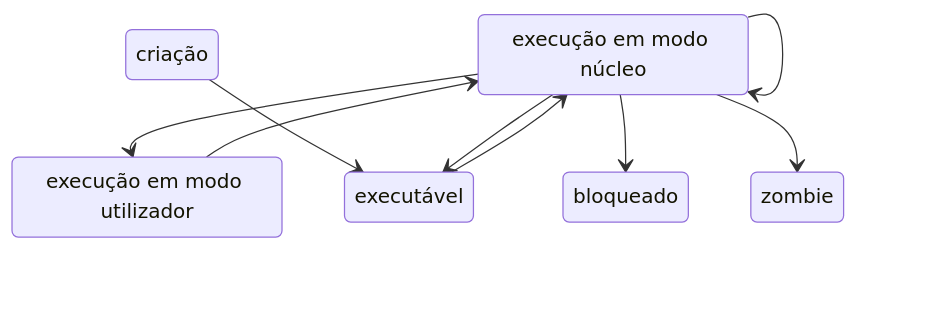
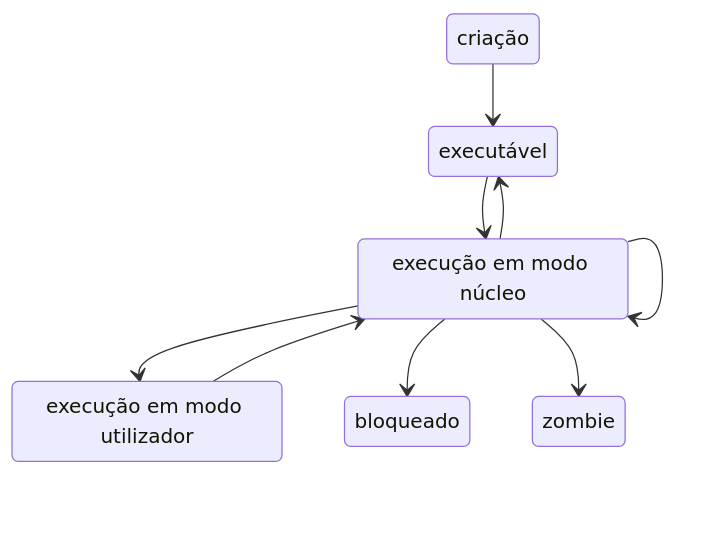
The third of 3 diagrams in content/so/0009-process-management.md (leic-pt/resumos-leic), drawn with Mermaid before and after one commit. The commit also changed other lines of this file and 1 other file, not shown here.

````diff
--- a/content/so/0009-process-management.md
+++ b/content/so/0009-process-management.md
@@ -190,18 +194,18 @@
 ```mermaid
 stateDiagram-v2
-	exec_kernel: execução em modo núcleo
-	exec_user: execução em modo utilizador
-	creation: criação
-	executable: executável
-	blocked: bloqueado
-	zombie: zombie
+  creation: criação
+  executable: executável
+  exec_user: execução em modo utilizador
+  exec_kernel: execução em modo núcleo
+  blocked: bloqueado
+  zombie: zombie
 
-	creation --> executable
-	executable --> exec_kernel
-	exec_kernel --> executable
-	exec_kernel --> blocked
-	exec_kernel --> zombie
-	exec_kernel --> exec_kernel
-	exec_kernel --> exec_user
-	exec_user --> exec_kernel
+  creation --> executable
+  executable --> exec_kernel
+  exec_kernel --> executable
+  exec_kernel --> blocked
+  exec_kernel --> zombie
+  exec_kernel --> exec_kernel
+  exec_kernel --> exec_user
+  exec_user --> exec_kernel
 ```
````
